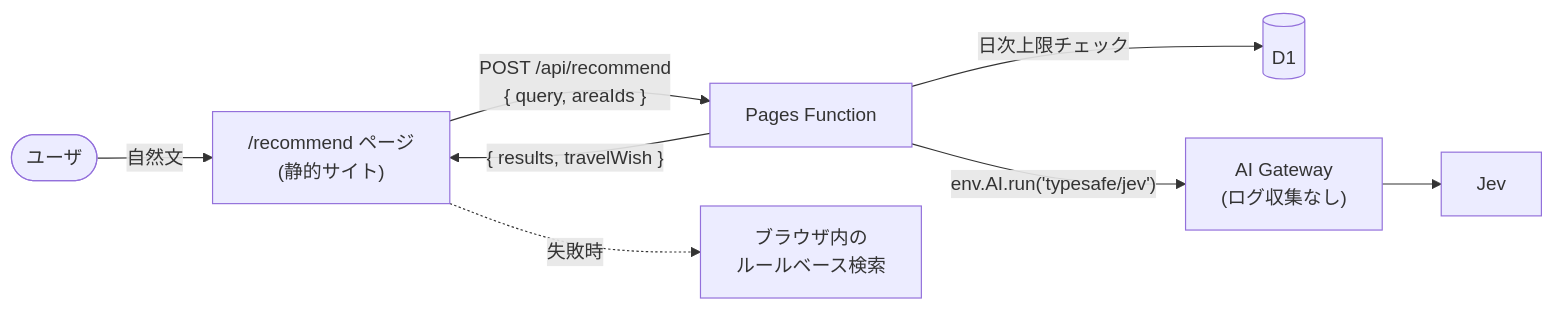
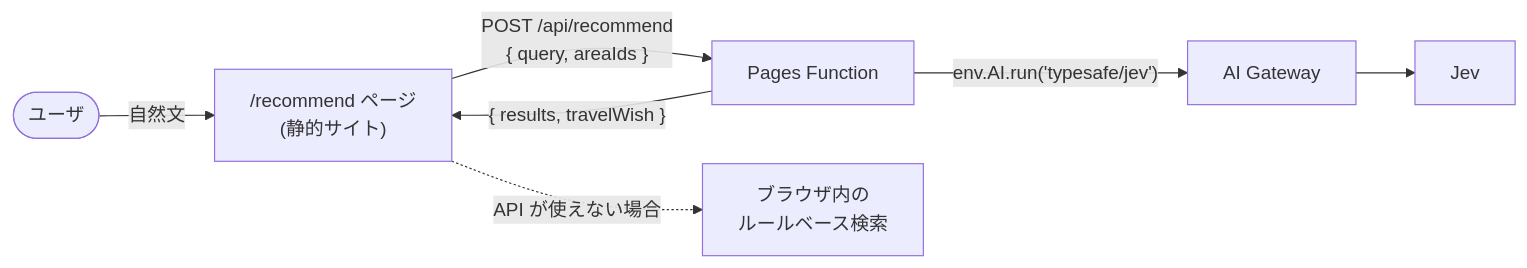
Before and after one commit to tmp-friends/zenn-docs: the diagram in articles/jev-on-cloudflare-pages.md, drawn with Mermaid. The commit also changed other lines of this file, not shown here.

Commit message:
docs: refine Jev on Cloudflare Pages article

````diff
--- a/articles/jev-on-cloudflare-pages.md
+++ b/articles/jev-on-cloudflare-pages.md
@@ -30,10 +27,9 @@
 ```mermaid
 flowchart LR
     User([ユーザ]) -->|自然文| Page["/recommend ページ<br/>(静的サイト)"]
     Page -->|"POST /api/recommend<br/>{ query, areaIds }"| Fn[Pages Function]
-    Fn -->|日次上限チェック| D1[(D1)]
-    Fn -->|"env.AI.run('typesafe/jev')"| GW["AI Gateway<br/>(ログ収集なし)"]
+    Fn -->|"env.AI.run('typesafe/jev')"| GW[AI Gateway]
     GW --> Jev[Jev]
     Fn -->|"{ results, travelWish }"| Page
-    Page -.->|失敗時| Rule[ブラウザ内の<br/>ルールベース検索]
+    Page -.->|API が使えない場合| Rule[ブラウザ内の<br/>ルールベース検索]
 ```
````
